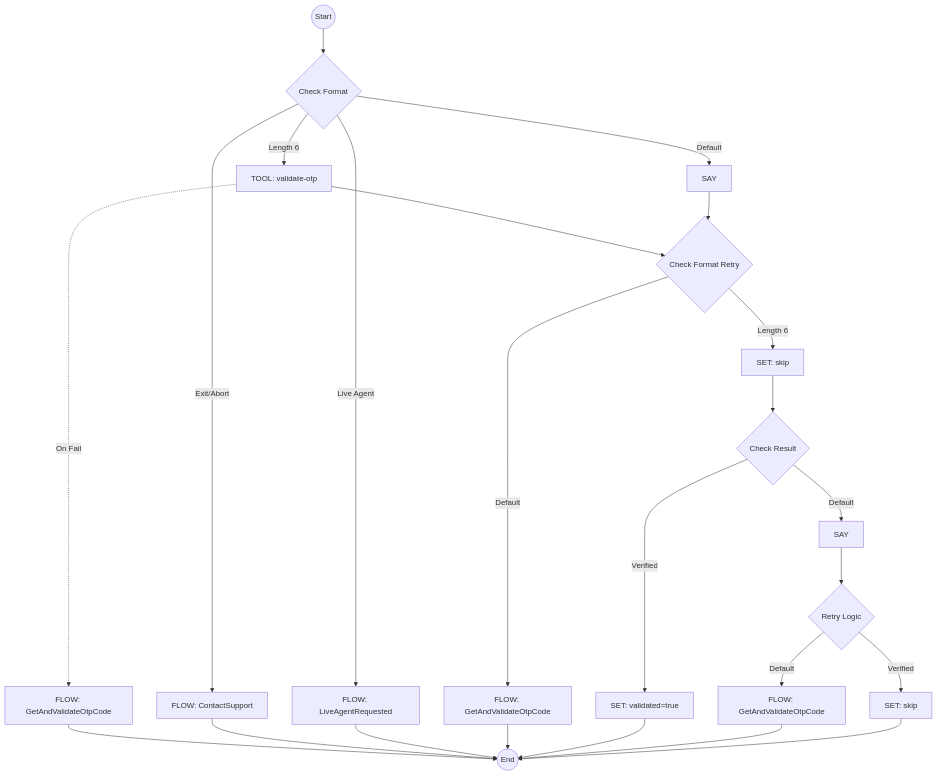
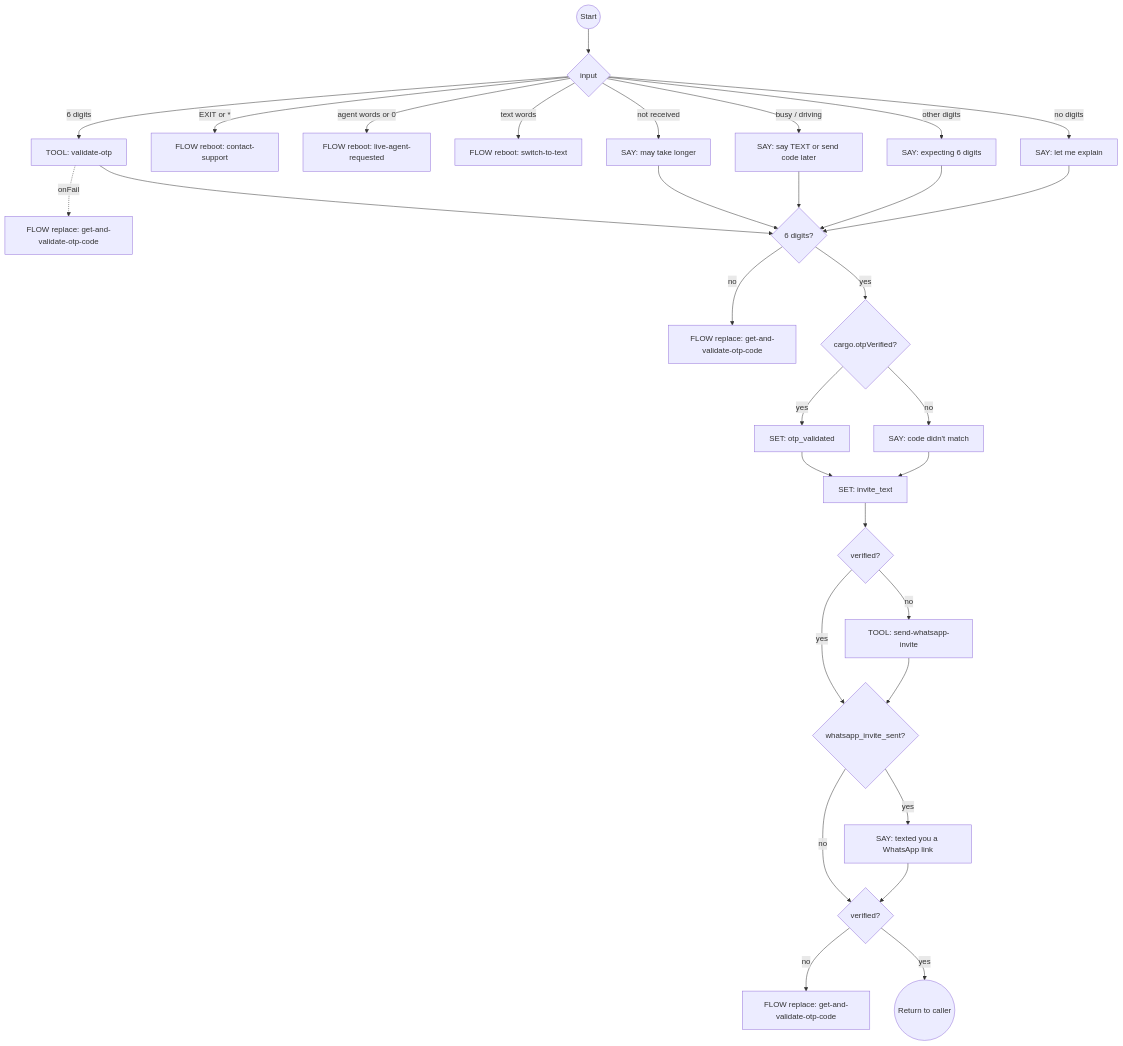
The eighth of 11 diagrams in docs/system-flows.md (ronpinkas/jsfe), drawn with Mermaid before and after one commit. The commit also changed other lines of this file and 3 other files, not shown here.

````diff
--- a/docs/system-flows.md
+++ b/docs/system-flows.md
@@ -141,32 +353,33 @@
 ```mermaid
 graph TD
-    start((Start)) --> validate_otp_and_lookup{Check Format}
-    validate_otp_and_lookup -->|Length 6| validate_otp[TOOL: validate-otp]
-    validate_otp_and_lookup -->|Exit/Abort| abort_process[FLOW: ContactSupport]
-    validate_otp_and_lookup -->|Live Agent| goto_live_agent[FLOW: LiveAgentRequested]
-    validate_otp_and_lookup -->|Default| invalid_otp_format[SAY]
-    
-    validate_otp -.->|On Fail| otp_tool_error[FLOW: GetAndValidateOtpCode]
-    validate_otp --> retry_if_bad_format{Check Format Retry}
-    
-    invalid_otp_format --> retry_if_bad_format
-    
-    retry_if_bad_format -->|Length 6| format_was_ok[SET: skip]
-    retry_if_bad_format -->|Default| loop_back_for_code[FLOW: GetAndValidateOtpCode]
-    
-    format_was_ok --> check_validation_result{Check Result}
-    check_validation_result -->|Verified| otp_success[SET: validated=true]
-    check_validation_result -->|Default| otp_wrong_code_retry[SAY]
-    
-    otp_wrong_code_retry --> retry_if_wrong_code{Retry Logic}
-    retry_if_wrong_code -->|Verified| already_verified[SET: skip]
-    retry_if_wrong_code -->|Default| loop_back_for_new_code[FLOW: GetAndValidateOtpCode]
-
-    otp_tool_error --> stop((End))
-    abort_process --> stop
-    goto_live_agent --> stop
-    loop_back_for_code --> stop
-    otp_success --> stop
-    loop_back_for_new_code --> stop
-    already_verified --> stop
+    start((Start)) --> route{input}
+    route -->|6 digits| validate_otp[TOOL: validate-otp]
+    route -->|EXIT or *| abort_process[FLOW reboot: contact-support]
+    route -->|agent words or 0| goto_live_agent[FLOW reboot: live-agent-requested]
+    route -->|text words| goto_text[FLOW reboot: switch-to-text]
+    route -->|not received| code_not_arrived[SAY: may take longer]
+    route -->|busy / driving| cannot_now[SAY: say TEXT or send code later]
+    route -->|other digits| invalid_format[SAY: expecting 6 digits]
+    route -->|no digits| explain[SAY: let me explain]
+    validate_otp -.->|onFail| otp_tool_error[FLOW replace: get-and-validate-otp-code]
+    validate_otp --> fmt{6 digits?}
+    code_not_arrived --> fmt
+    cannot_now --> fmt
+    invalid_format --> fmt
+    explain --> fmt
+    fmt -->|no| loop_back_for_code[FLOW replace: get-and-validate-otp-code]
+    fmt -->|yes| check{cargo.otpVerified?}
+    check -->|yes| otp_success[SET: otp_validated]
+    check -->|no| wrong_code[SAY: code didn't match]
+    otp_success --> invite_text[SET: invite_text]
+    wrong_code --> invite_text
+    invite_text --> invite{verified?}
+    invite -->|no| invite_whatsapp[TOOL: send-whatsapp-invite]
+    invite -->|yes| mention{whatsapp_invite_sent?}
+    invite_whatsapp --> mention
+    mention -->|yes| say_invite[SAY: texted you a WhatsApp link]
+    mention -->|no| retry{verified?}
+    say_invite --> retry
+    retry -->|no| loop_back_for_new_code[FLOW replace: get-and-validate-otp-code]
+    retry -->|yes| stop((Return to caller))
 ```
````
